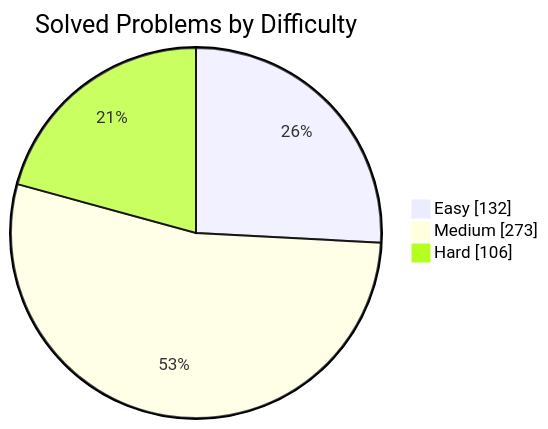
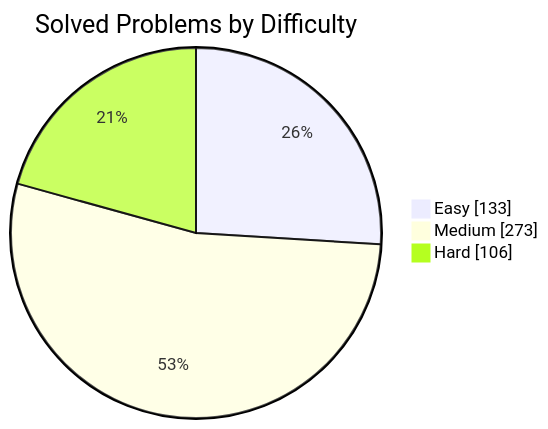
The first of 2 diagrams in README.md (manikantbindass/DSA-Preparation-FAANG), drawn with Mermaid before and after one commit. The commit also changed other lines of this file and 1 other file, not shown here.

````diff
--- a/README.md
+++ b/README.md
@@ -79,7 +79,7 @@
 ```mermaid
 pie showData
     title Solved Problems by Difficulty
-    "Easy" : 132
+    "Easy" : 133
     "Medium" : 273
     "Hard" : 106
 ```
````
